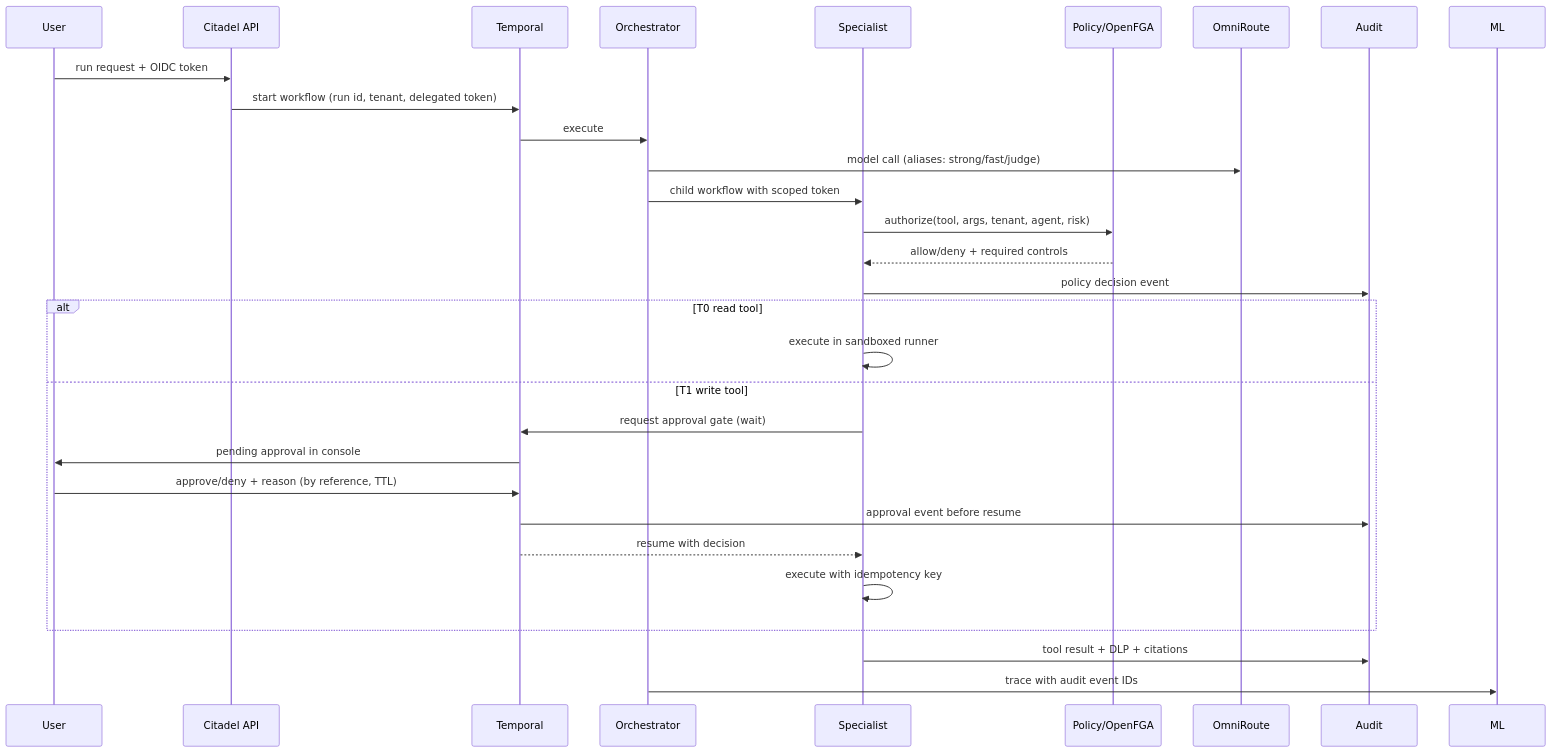
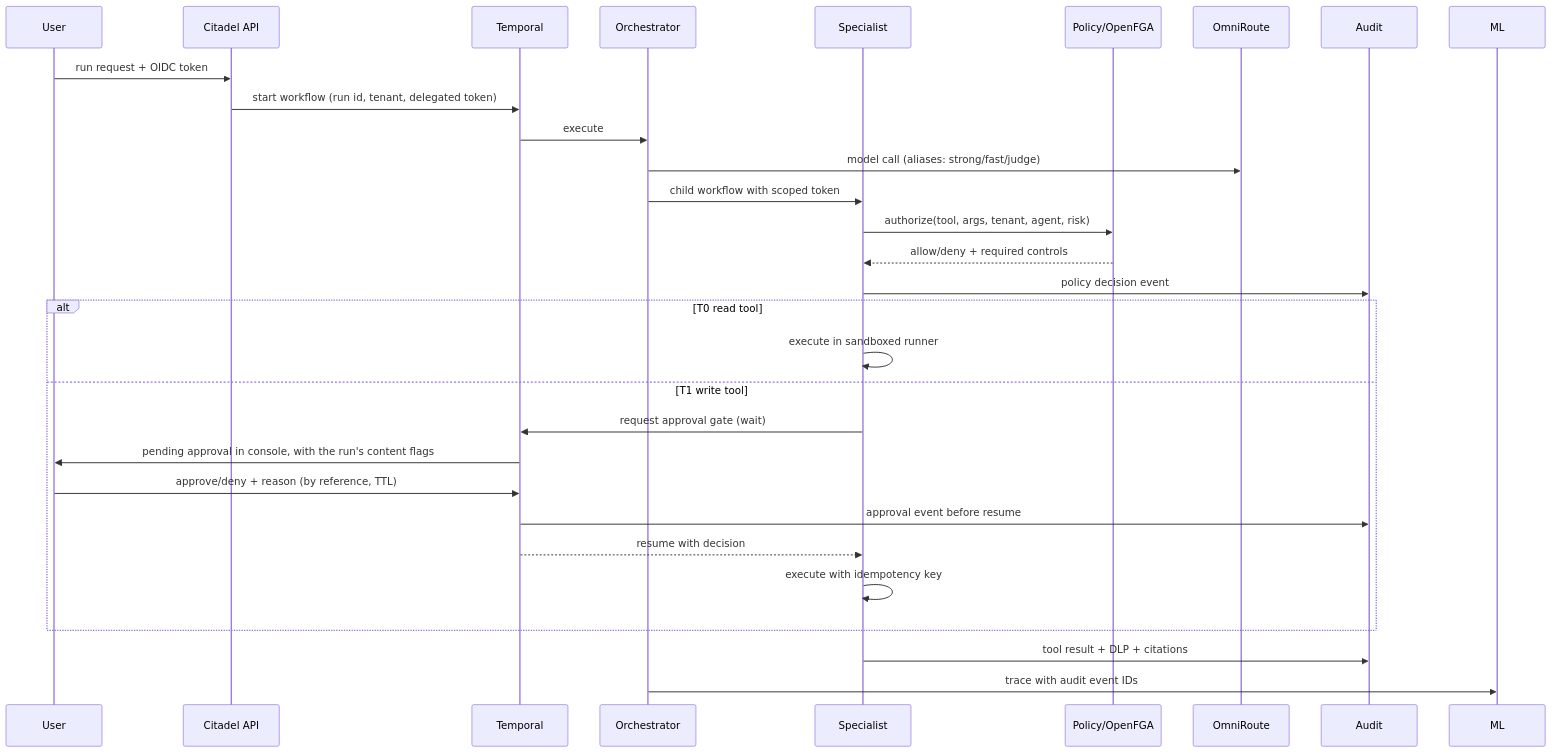
One commit to glaborie/citadel changed the second of 2 diagrams in docs/architecture.md. Above: the diagram before and after it, drawn with Mermaid. The commit also changed other lines of this file and 22 other files, not shown here.

First line of the commit message:
fix(approval): carry content flags into the approval request

````diff
--- a/docs/architecture.md
+++ b/docs/architecture.md
@@ -95,32 +95,32 @@
 ```mermaid
 sequenceDiagram
     participant U as User
     participant API as Citadel API
     participant T as Temporal
     participant O as Orchestrator
     participant S as Specialist
     participant P as Policy/OpenFGA
     participant G as OmniRoute
     participant A as Audit
 
     U->>API: run request + OIDC token
     API->>T: start workflow (run id, tenant, delegated token)
     T->>O: execute
     O->>G: model call (aliases: strong/fast/judge)
     O->>S: child workflow with scoped token
     S->>P: authorize(tool, args, tenant, agent, risk)
     P-->>S: allow/deny + required controls
     S->>A: policy decision event
     alt T0 read tool
         S->>S: execute in sandboxed runner
     else T1 write tool
         S->>T: request approval gate (wait)
-        T->>U: pending approval in console
+        T->>U: pending approval in console, with the run's content flags
         U->>T: approve/deny + reason (by reference, TTL)
         T->>A: approval event before resume
         T-->>S: resume with decision
         S->>S: execute with idempotency key
     end
     S->>A: tool result + DLP + citations
     O->>ML: trace with audit event IDs
 ```
````
